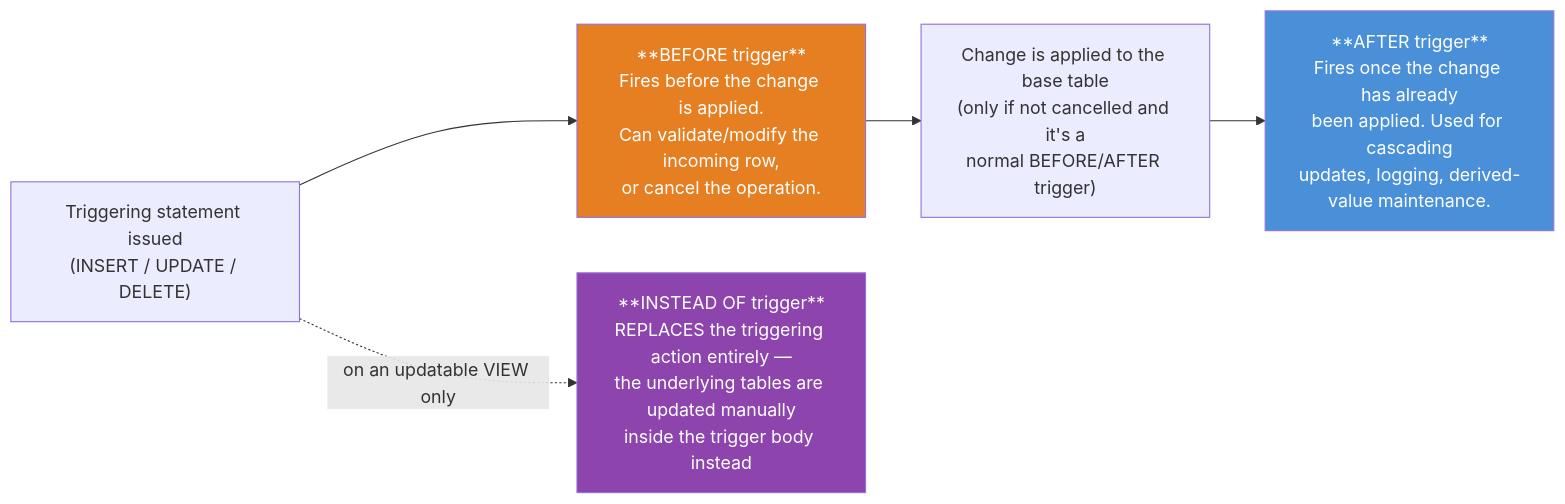
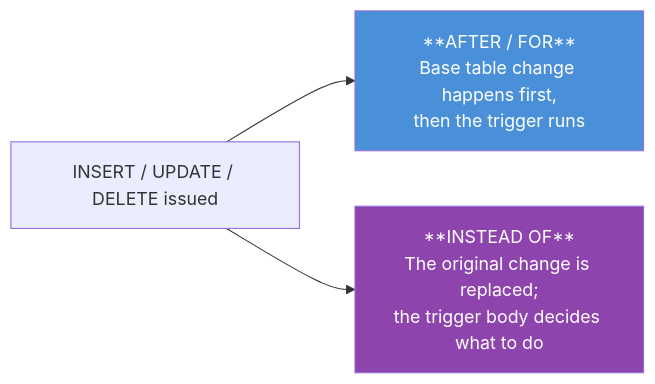
One commit to M-F-Tushar/CSE-2203-2204-Database-Management-System-Sessional changed diagram 11 of 12 in Part-2-SQL-and-Application-Design/Chapter-05-Advanced-SQL/README.md. Above: the diagram before and after it, drawn with Mermaid. The commit also changed other lines of this file, not shown here.

Commit message:
Triggering update

````diff
--- a/Part-2-SQL-and-Application-Design/Chapter-05-Advanced-SQL/README.md
+++ b/Part-2-SQL-and-Application-Design/Chapter-05-Advanced-SQL/README.md
@@ -430,14 +464,8 @@
 ```mermaid
 flowchart LR
-    Stmt["Triggering statement issued<br/>(INSERT / UPDATE / DELETE)"]
+    Stmt["INSERT / UPDATE / DELETE issued"] --> A["**AFTER / FOR**<br/>Base table change happens first,<br/>then the trigger runs"]
+    Stmt --> I["**INSTEAD OF**<br/>The original change is replaced;<br/>the trigger body decides what to do"]
 
-    Stmt --> B["**BEFORE trigger**<br/>Fires before the change is applied.<br/>Can validate/modify the incoming row,<br/>or cancel the operation."]
-    B --> Applied["Change is applied to the base table<br/>(only if not cancelled and it's a<br/>normal BEFORE/AFTER trigger)"]
-    Applied --> A["**AFTER trigger**<br/>Fires once the change has already<br/>been applied. Used for cascading<br/>updates, logging, derived-value maintenance."]
-
-    Stmt -.->|"on an updatable VIEW only"| IO["**INSTEAD OF trigger**<br/>REPLACES the triggering action entirely —<br/>the underlying tables are updated manually<br/>inside the trigger body instead"]
-
-    style B fill:#e67e22,color:#fff
     style A fill:#4a90d9,color:#fff
-    style IO fill:#8e44ad,color:#fff
+    style I fill:#8e44ad,color:#fff
 ```
````
